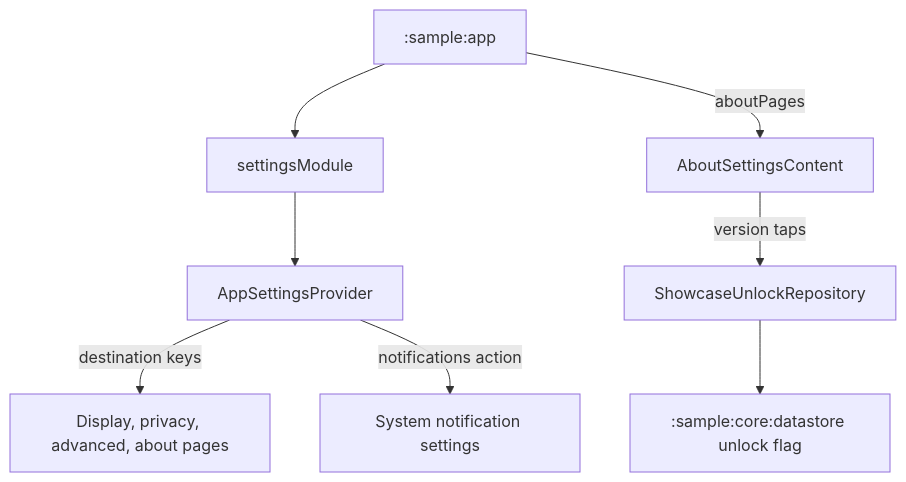
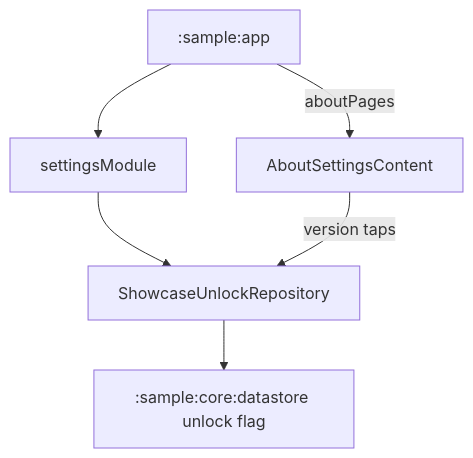
Before and after one commit to MihaiCristianCondrea/App-Toolkit-for-Android: the diagram in sample/feature/settings/README.md, drawn with Mermaid. The commit also changed other lines of this file and 29 other files, not shown here.

````diff
--- a/sample/feature/settings/README.md
+++ b/sample/feature/settings/README.md
@@ -41,10 +40,8 @@
 ```mermaid
 flowchart TD
     App[":sample:app"] --> Module[settingsModule]
-    Module --> Rows[AppSettingsProvider]
-    Rows -->|destination keys| Pages[Display, privacy, advanced, about pages]
-    Rows -->|notifications action| System[System notification settings]
+    Module --> Unlock
     App -->|aboutPages| About[AboutSettingsContent]
     About -->|version taps| Unlock[ShowcaseUnlockRepository]
     Unlock --> Store[":sample:core:datastore" unlock flag]
 ```
````
